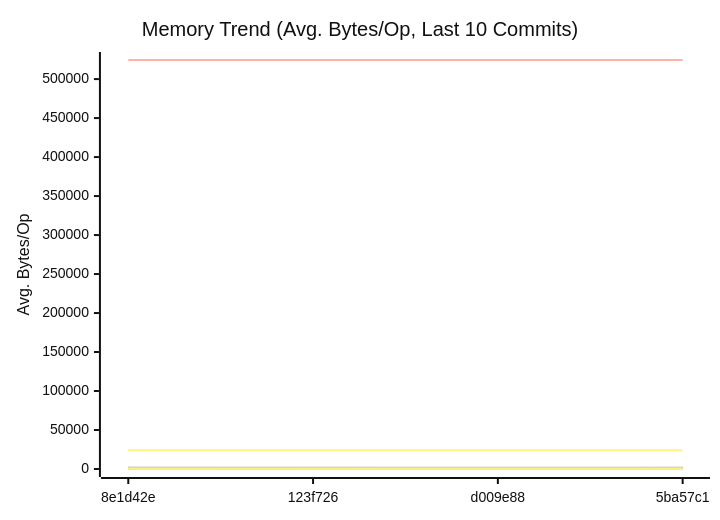
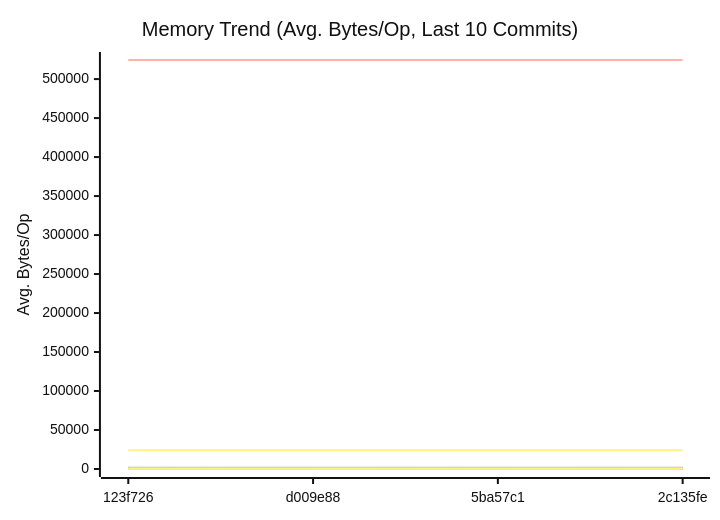
The second of 3 diagrams in docs/PERFORMANCE.md (alsotoes/momo), drawn with Mermaid (neutral theme) before and after one commit. The commit also changed other lines of this file and 2 other files, not shown here.

Commit message:
fix: scrub referencedBlobs to handle v2 ObjectMeta format (#934)

````diff
--- a/docs/PERFORMANCE.md
+++ b/docs/PERFORMANCE.md
@@ -310,44 +310,44 @@
 ```mermaid
 xychart-beta
     title "Memory Trend (Avg. Bytes/Op, Last 10 Commits)"
     x-axis "Commit"
     y-axis "Avg. Bytes/Op"
-    x-axis [8e1d42e,123f726,d009e88,5ba57c1]
-    line "AWSChunkedReaderSigned" [112,123,120,108,126,118,88,161,167,124]
-    line "AWSChunkedReaderUnsigned" [106,128,114,131,113,112,99,161,164,139]
+    x-axis [123f726,d009e88,5ba57c1,2c135fe]
+    line "AWSChunkedReaderSigned" [123,120,108,126,118,88,161,167,124,108]
+    line "AWSChunkedReaderUnsigned" [128,114,131,113,112,99,161,164,139,116]
     line "CheckMetricsAndSwap" [0,0,0,0,0,0,0,0,0,0]
     line "CrushOptimized" [0,0,0,0,0,0,0,0,0,0]
     line "CrushOriginal" [164,164,164,164,164,164,164,164,164,164]
-    line "FormatListObjectsV2XML_AppendFormat" [524456,524462,524471,524446,524472,524454,524455,524439,524442,524446]
+    line "FormatListObjectsV2XML_AppendFormat" [524462,524471,524446,524472,524454,524455,524439,524442,524446,524462]
     line "FormatListObjectsV2XML_OldFormat" [24000,24000,24000,24000,24000,24000,24000,24000,24000,24000]
-    line "HashBytes/1MiB" [211,243,290,192,235,210,295,265,304,292]
-    line "HashBytes/256MiB" [222,256,223,299,222,227,257,282,305,290]
-    line "HashBytes/64MiB" [197,314,223,223,195,242,298,280,320,276]
-    line "HashFile/1MiB" [208,265,220,288,221,243,239,312,273,313]
-    line "HashFile/256MiB" [225,228,267,242,219,218,259,338,304,264]
-    line "HashFile/64MiB" [188,233,279,243,223,234,270,336,269,324]
+    line "HashBytes/1MiB" [243,290,192,235,210,295,265,304,292,205]
+    line "HashBytes/256MiB" [256,223,299,222,227,257,282,305,290,229]
+    line "HashBytes/64MiB" [314,223,223,195,242,298,280,320,276,225]
+    line "HashFile/1MiB" [265,220,288,221,243,239,312,273,313,212]
+    line "HashFile/256MiB" [228,267,242,219,218,259,338,304,264,203]
+    line "HashFile/64MiB" [233,279,243,223,234,270,336,269,324,201]
     line "IndexDirectTracking" [0,0,0,0,0,0,0,0,0,0]
     line "IndexSearch" [0,0,0,0,0,0,0,0,0,0]
     line "LastModifiedHeader_AppendFormat" [0,0,0,0,0,0,0,0,0,0]
     line "LastModifiedHeader_Format" [32,32,32,32,32,32,32,32,32,32]
     line "LoadGlobalConfig" [1976,1976,1976,1976,1976,1976,1976,1976,1976,1976]
-    line "LocalWrite/1MiB" [1690,1878,2000,2141,1920,2442,1282,1458,2352,2430]
-    line "LocalWrite/256MiB" [1965,2213,2198,2074,2231,2163,1698,2231,2851,2682]
-    line "LocalWrite/64MiB" [1869,1996,2347,2291,2205,2167,1927,2401,2788,2594]
+    line "LocalWrite/1MiB" [1878,2000,2141,1920,2442,1282,1458,2352,2430,1992]
+    line "LocalWrite/256MiB" [2213,2198,2074,2231,2163,1698,2231,2851,2682,2123]
+    line "LocalWrite/64MiB" [1996,2347,2291,2205,2167,1927,2401,2788,2594,2044]
     line "PadString" [64,64,64,64,64,64,64,64,64,64]
     line "ParseReplicationOrder_NoPrealloc" [408,408,408,408,408,248,248,248,248,248]
     line "ParseReplicationOrder_Prealloc" [240,240,240,240,240,80,80,80,80,80]
     line "Placement" [352,352,352,352,352,352,352,352,352,352]
     line "PlacementDomainSpread" [352,352,352,352,352,352,352,352,352,352]
-    line "ReadVerify/1MiB" [219,269,310,206,206,214,172,334,276,292]
-    line "ReadVerify/256MiB" [201,243,229,259,238,281,190,268,334,304]
-    line "ReadVerify/64MiB" [193,258,279,238,217,213,200,313,289,245]
-    line "S3PutSpool/1MiB" [198,188,188,261,207,221,160,277,241,233]
-    line "S3PutSpool/256MiB" [207,211,206,216,178,219,235,247,254,258]
-    line "S3PutSpool/64MiB" [193,227,211,189,243,247,177,273,230,242]
+    line "ReadVerify/1MiB" [269,310,206,206,214,172,334,276,292,235]
+    line "ReadVerify/256MiB" [243,229,259,238,281,190,268,334,304,216]
+    line "ReadVerify/64MiB" [258,279,238,217,213,200,313,289,245,165]
+    line "S3PutSpool/1MiB" [188,188,261,207,221,160,277,241,233,181]
+    line "S3PutSpool/256MiB" [211,206,216,178,219,235,247,254,258,182]
+    line "S3PutSpool/64MiB" [227,211,189,243,247,177,273,230,242,175]
     line "SanitizeLog/Safe" [0,0,0,0,0,0,0,0,0,0]
     line "SanitizeLog/Unsafe" [704,704,704,704,704,704,704,704,704,704]
-    line "TrustedRead/1MiB" [186,225,283,294,223,233,286,297,309,258]
-    line "TrustedRead/256MiB" [260,229,250,288,250,265,163,303,311,285]
-    line "TrustedRead/64MiB" [227,239,258,271,256,267,198,308,293,274]
+    line "TrustedRead/1MiB" [225,283,294,223,233,286,297,309,258,162]
+    line "TrustedRead/256MiB" [229,250,288,250,265,163,303,311,285,186]
+    line "TrustedRead/64MiB" [239,258,271,256,267,198,308,293,274,201]
 ```
````
